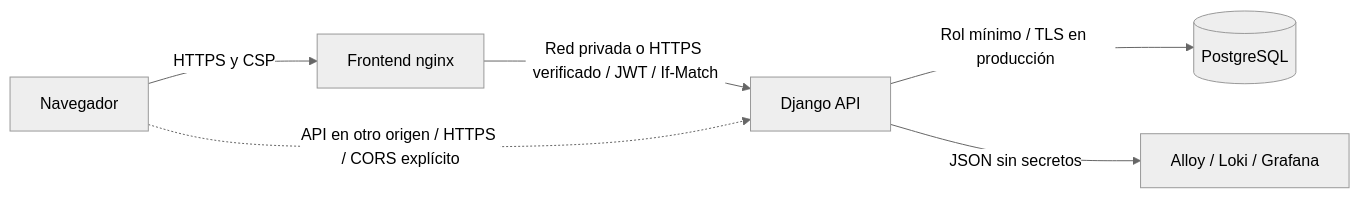
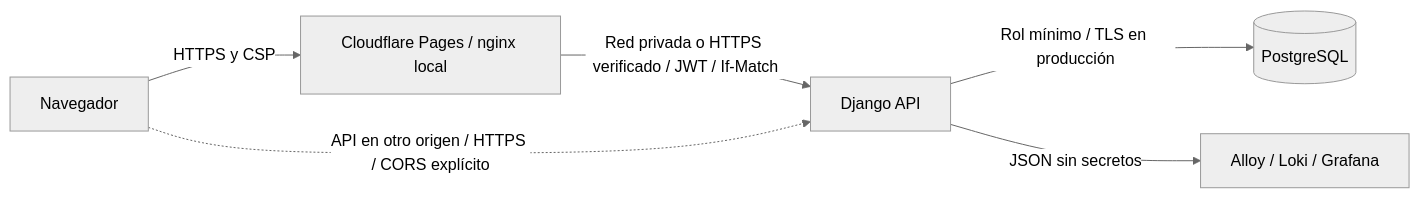
The diagram in docs/INTEGRACION_SEGURIDAD.md (ASamiraJasbonM/prueba-mision), drawn with Mermaid (neutral theme) before and after one commit. The commit also changed other lines of this file and 40 other files, not shown here.

Commit message:
feat: complete country UI and gate deployment on real E2E flows

````diff
--- a/docs/INTEGRACION_SEGURIDAD.md
+++ b/docs/INTEGRACION_SEGURIDAD.md
@@ -3,8 +6,8 @@
 ```mermaid
 flowchart LR
-    B[Navegador] -->|HTTPS y CSP| F[Frontend nginx]
+    B[Navegador] -->|HTTPS y CSP| F[Cloudflare Pages / nginx local]
     F -->|Red privada o HTTPS verificado / JWT / If-Match| A[Django API]
     B -. API en otro origen / HTTPS / CORS explícito .-> A
     A -->|Rol mínimo / TLS en producción| P[(PostgreSQL)]
     A -->|JSON sin secretos| S[Alloy / Loki / Grafana]
 ```
````
